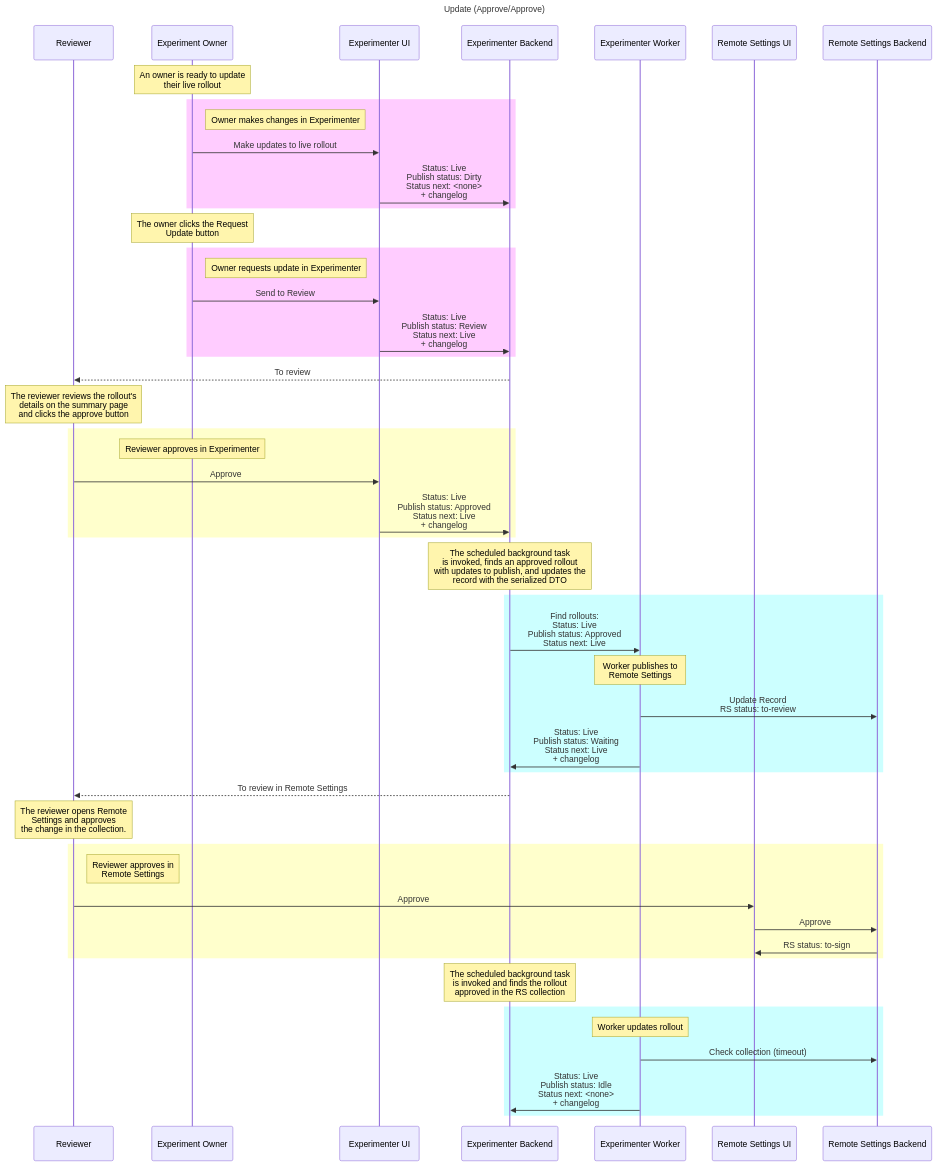
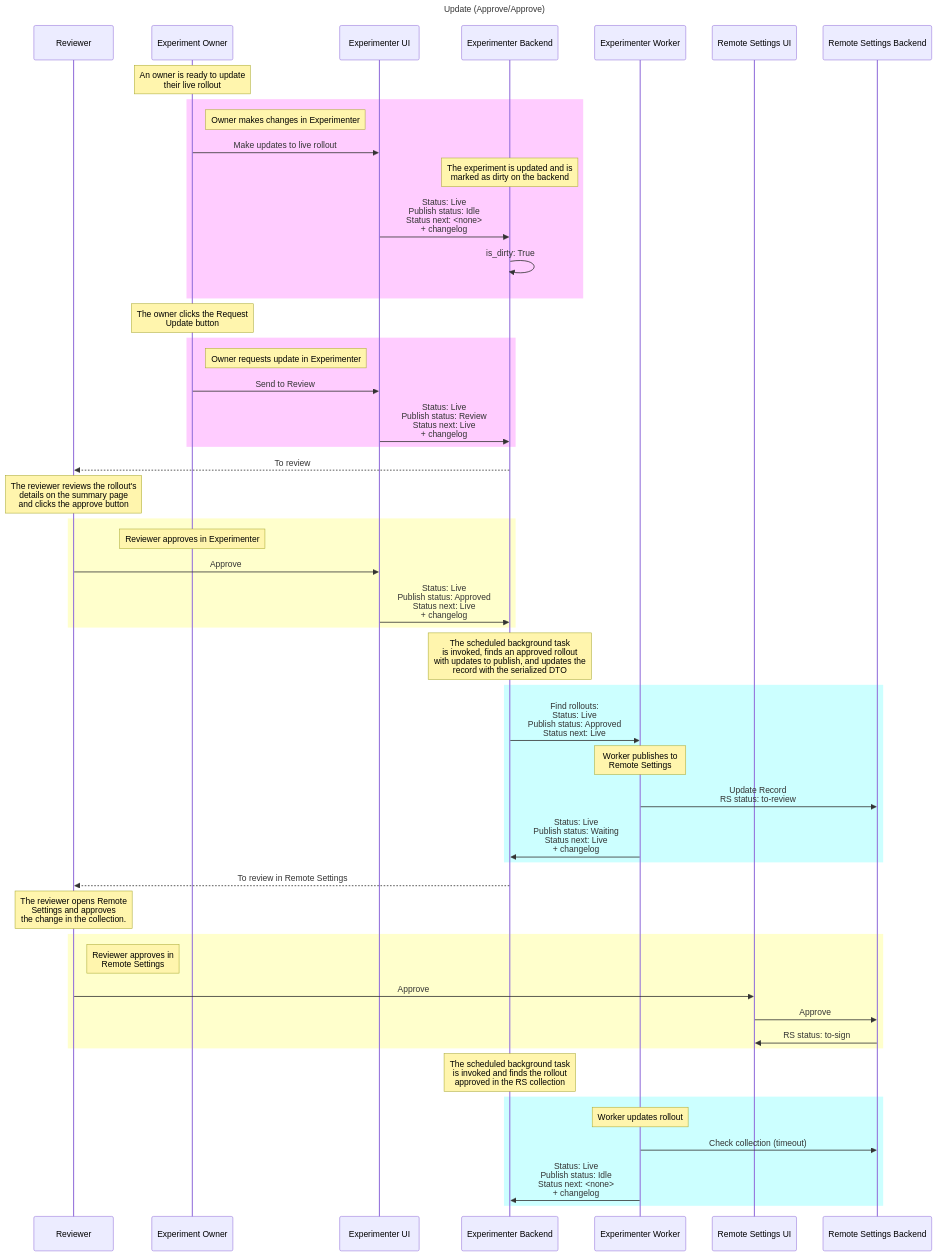
One commit to mozilla/experimenter changed the eighth of 22 diagrams in docs/experimenter/README.md. Above: the diagram before and after it, drawn with Mermaid. The commit also changed other lines of this file and 2 other files, not shown here.

First line of the commit message:
For #8559 docs(nimbus): Update state and sequence diagrams to use is_dirty flag (#8669)

````diff
--- a/docs/experimenter/README.md
+++ b/docs/experimenter/README.md
@@ -458,65 +457,67 @@
 ```mermaid
   sequenceDiagram
     participant Reviewer
     participant Experiment Owner
     participant Experimenter UI
     participant Experimenter Backend
     participant Experimenter Worker
     participant Remote Settings UI
     participant Remote Settings Backend
     title Update (Approve/Approve)
     
     Note over Experiment Owner: An owner is ready to update <br/> their live rollout
     
     rect rgb(255,204,255) 
         Note right of Experiment Owner: Owner makes changes in Experimenter
         Experiment Owner->>Experimenter UI: Make updates to live rollout
-        Experimenter UI->>Experimenter Backend: Status: Live <br/> Publish status: Dirty <br/> Status next: <none> <br/> + changelog
+        Note over Experimenter Backend: The experiment is updated and is <br/> marked as dirty on the backend
+        Experimenter UI->>Experimenter Backend: Status: Live <br/> Publish status: Idle <br/> Status next: <none>  <br/> + changelog
+        Experimenter Backend->>Experimenter Backend: is_dirty: True 
     end 
 
     Note over Experiment Owner: The owner clicks the Request <br/> Update button
     
     rect rgb(255,204,255) 
         Note right of Experiment Owner: Owner requests update in Experimenter
         Experiment Owner->>Experimenter UI: Send to Review
         Experimenter UI->>Experimenter Backend: Status: Live <br/> Publish status: Review <br/> Status next: Live <br/> + changelog
     end 
     
     Experimenter Backend-->>Reviewer: To review
     Note over Reviewer: The reviewer reviews the rollout's <br/> details on the summary page <br/> and clicks the approve button
     
 
     rect rgb(255,255,204) 
         Note over Experiment Owner: Reviewer approves in Experimenter
         Reviewer->>Experimenter UI: Approve
         Experimenter UI->>Experimenter Backend: Status: Live <br/> Publish status: Approved <br/> Status next: Live <br/> + changelog
     end 
  
     Note over Experimenter Backend: The scheduled background task <br/> is invoked, finds an approved rollout <br/> with updates to publish, and updates the <br/> record with the serialized DTO
     
     rect rgb(204,255,255) 
         Experimenter Backend->>Experimenter Worker: Find rollouts: <br/> Status: Live <br/> Publish status: Approved <br/> Status next: Live
         Note over Experimenter Worker: Worker publishes to <br/>Remote Settings
         Experimenter Worker->>Remote Settings Backend: Update Record <br/> RS status: to-review
         Experimenter Worker->>Experimenter Backend: Status: Live <br/> Publish status: Waiting <br/> Status next: Live <br/> + changelog
     end 
 
     Experimenter Backend-->>Reviewer: To review in Remote Settings
     
     Note over Reviewer: The reviewer opens Remote <br/> Settings and approves <br/> the change in the collection.
 
     rect rgb(255,255,204) 
         Note right of Reviewer: Reviewer approves in <br/>Remote Settings
         Reviewer->>Remote Settings UI: Approve
         Remote Settings UI->>Remote Settings Backend: Approve
         Remote Settings Backend->>Remote Settings UI: RS status: to-sign
     end 
 
     Note over Experimenter Backend: The scheduled background task <br/> is invoked and finds the rollout <br/>approved in the RS collection
 
     rect rgb(204,255,255) 
         Note over Experimenter Worker: Worker updates rollout
         Experimenter Worker->>Remote Settings Backend: Check collection (timeout)
         Experimenter Worker->>Experimenter Backend:  Status: Live <br/> Publish status: Idle <br/> Status next: <none> <br/> + changelog
     end 
 ```
````
